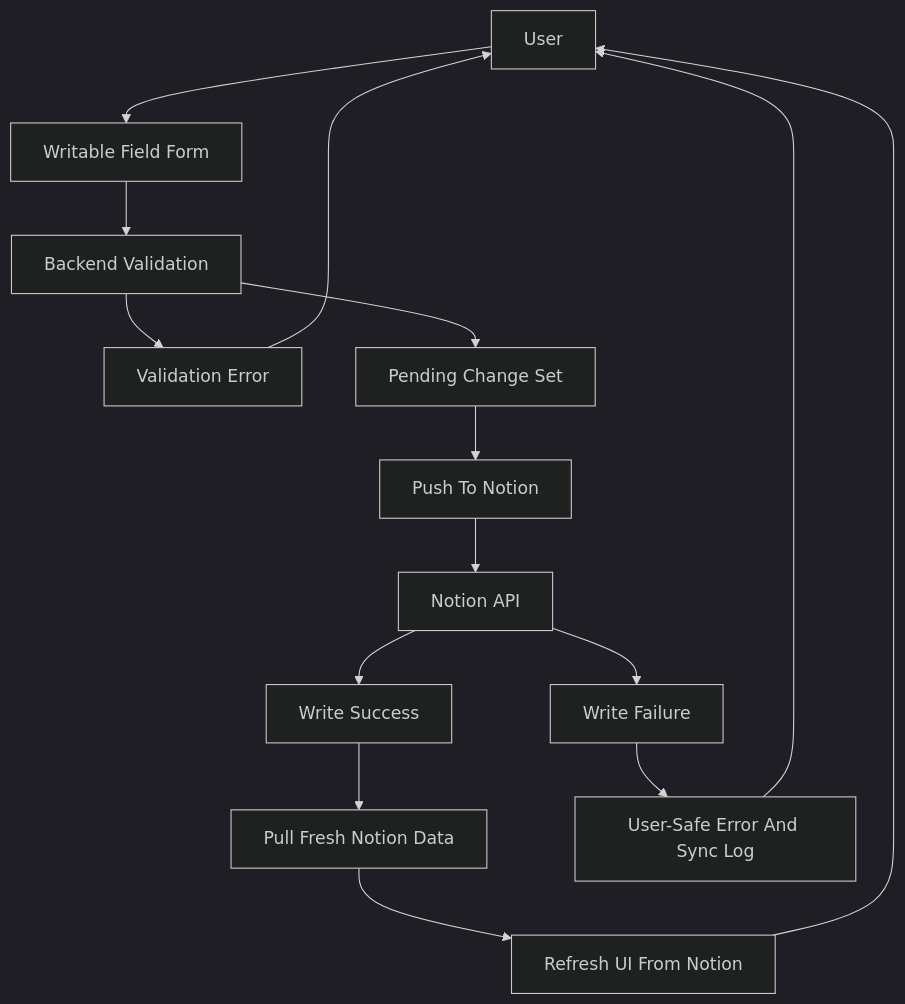
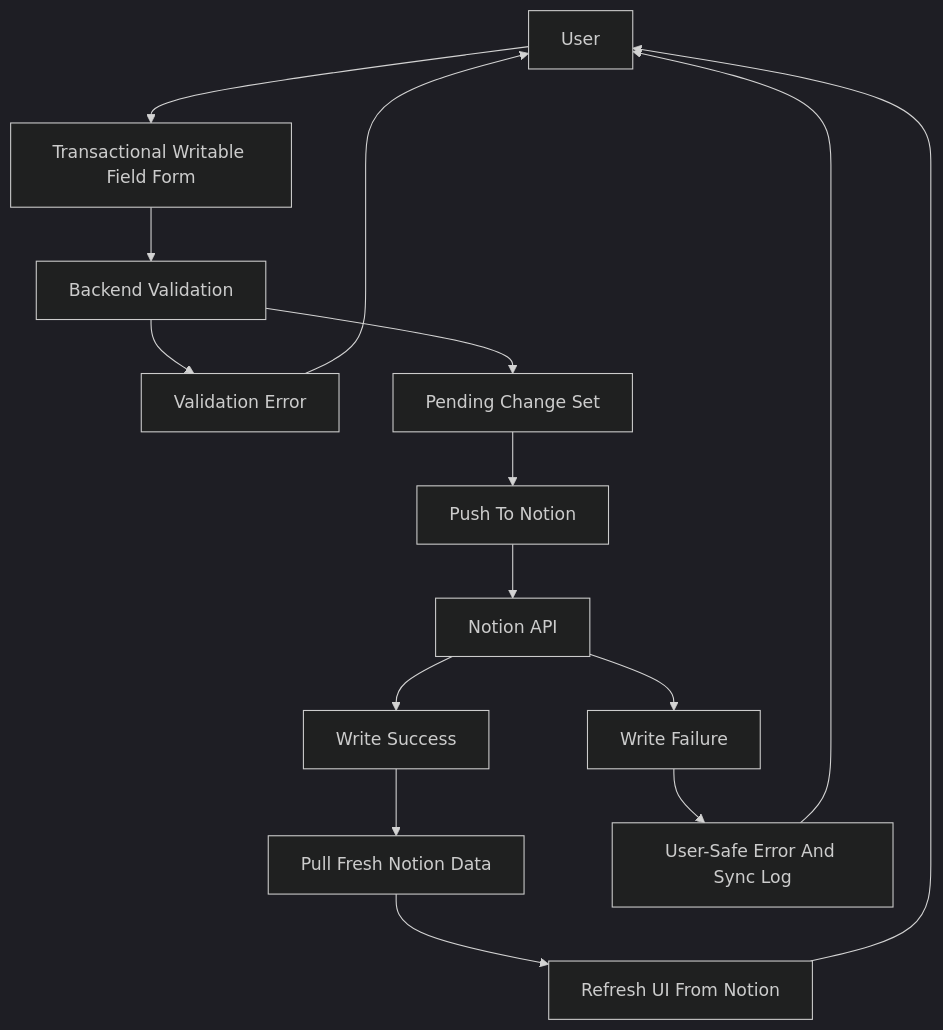
One commit to work-w-chrstnrpj/Notable_Finance changed the third of 3 diagrams in wiki/diagrams/data-flow.md. Above: the diagram before and after it, drawn with Mermaid (dark theme). The commit also changed other lines of this file and 120 other files, not shown here.

````diff
--- a/wiki/diagrams/data-flow.md
+++ b/wiki/diagrams/data-flow.md
@@ -49,17 +49,17 @@
 ```mermaid
 flowchart TD
-    User[User] --> Form[Writable Field Form]
+    User[User] --> Form[Transactional Writable Field Form]
     Form --> Validate[Backend Validation]
     Validate --> Reject[Validation Error]
     Validate --> ChangeSet[Pending Change Set]
     ChangeSet --> Push[Push To Notion]
     Push --> Notion[Notion API]
     Notion --> Success[Write Success]
     Notion --> Failure[Write Failure]
     Success --> Pull[Pull Fresh Notion Data]
     Pull --> Refresh[Refresh UI From Notion]
     Failure --> Error[User-Safe Error And Sync Log]
     Reject --> User
     Refresh --> User
     Error --> User
 ```
````
